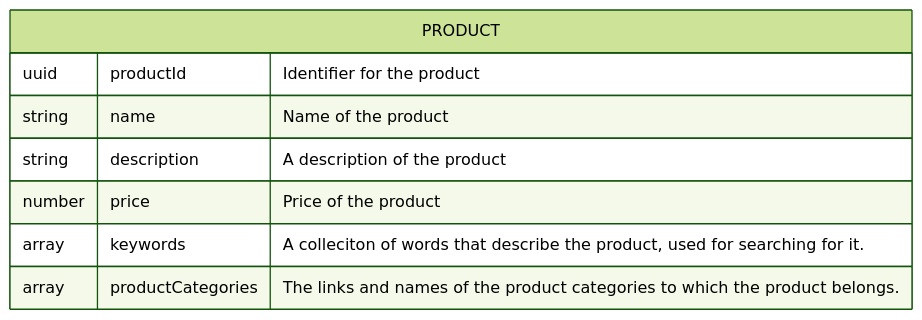
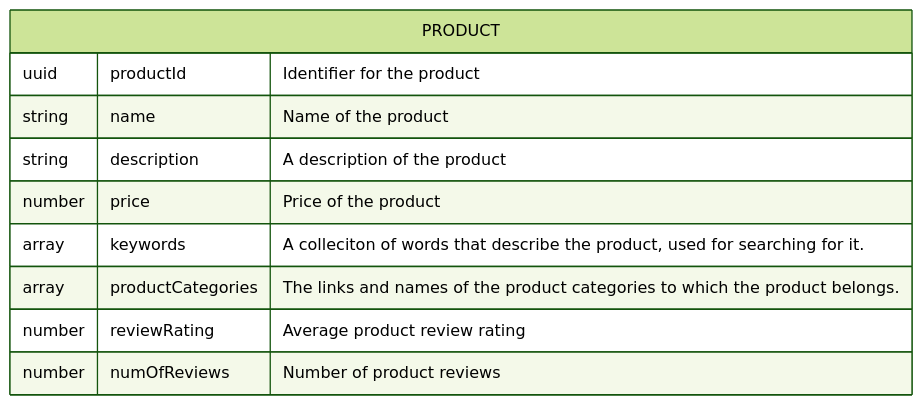
The first of 5 diagrams in discovery.md (ikenna/AcmePetSupplies), drawn with Mermaid (forest theme) before and after one commit. The commit also changed other lines of this file, not shown here.

Commit message:
Added sequence diagram

````diff
--- a/discovery.md
+++ b/discovery.md
@@ -68,11 +59,13 @@
 ```mermaid
 erDiagram
   PRODUCT { 
     uuid productId "Identifier for the product"
     string name "Name of the product"
     string description "A description of the product"
     number price "Price of the product"
     array keywords "A colleciton of words that describe the product, used for searching for it."
     array productCategories "The links and names of the product categories to which the product belongs."
+    number reviewRating "Average product review rating"
+    number numOfReviews "Number of product reviews"
   }    
 ```
````
